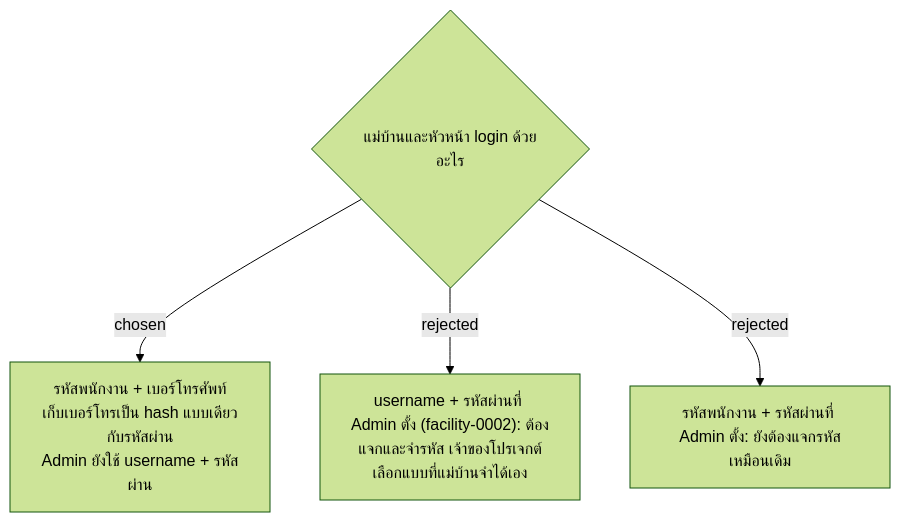
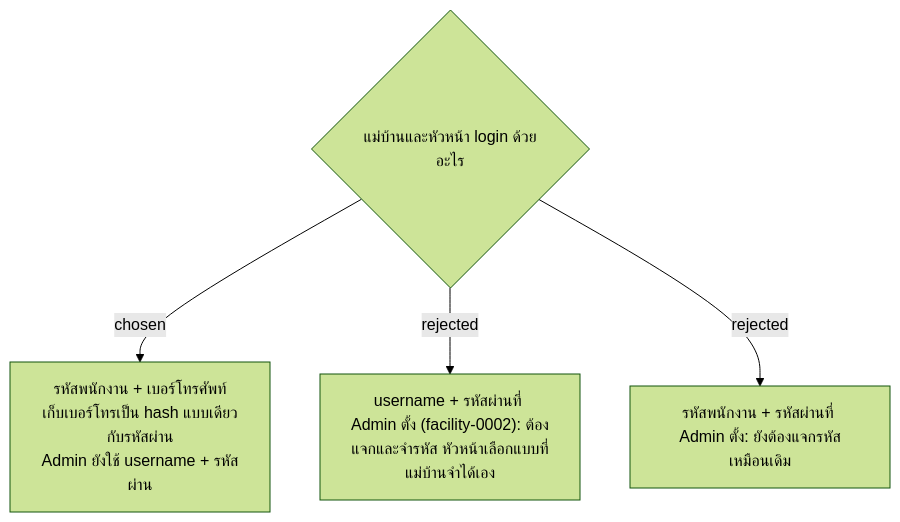
Before and after one commit to ThodsaphonSonthiphin/Facility-Real-time-dashboard: the diagram in docs/adr/facility-0054-login-with-employee-id-and-phone.md, drawn with Mermaid (forest theme). The commit also changed other lines of this file and 9 other files, not shown here.

````diff
--- a/docs/adr/facility-0054-login-with-employee-id-and-phone.md
+++ b/docs/adr/facility-0054-login-with-employee-id-and-phone.md
@@ -3,6 +3,6 @@
 ```mermaid
 flowchart TD
     Q{"แม่บ้านและหัวหน้า login ด้วยอะไร"} -->|chosen| A["รหัสพนักงาน + เบอร์โทรศัพท์<br/>เก็บเบอร์โทรเป็น hash แบบเดียวกับรหัสผ่าน<br/>Admin ยังใช้ username + รหัสผ่าน"]
-    Q -->|rejected| B["username + รหัสผ่านที่ Admin ตั้ง (facility-0002): ต้องแจกและจำรหัส เจ้าของโปรเจกต์เลือกแบบที่แม่บ้านจำได้เอง"]
+    Q -->|rejected| B["username + รหัสผ่านที่ Admin ตั้ง (facility-0002): ต้องแจกและจำรหัส หัวหน้าเลือกแบบที่แม่บ้านจำได้เอง"]
     Q -->|rejected| C["รหัสพนักงาน + รหัสผ่านที่ Admin ตั้ง: ยังต้องแจกรหัสเหมือนเดิม"]
 ```
````
